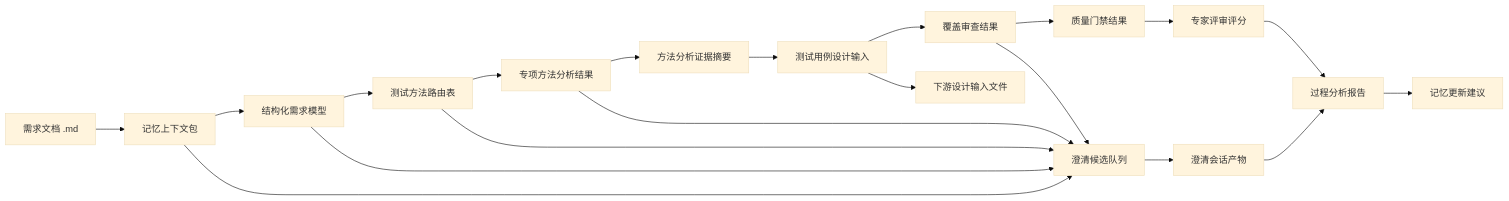
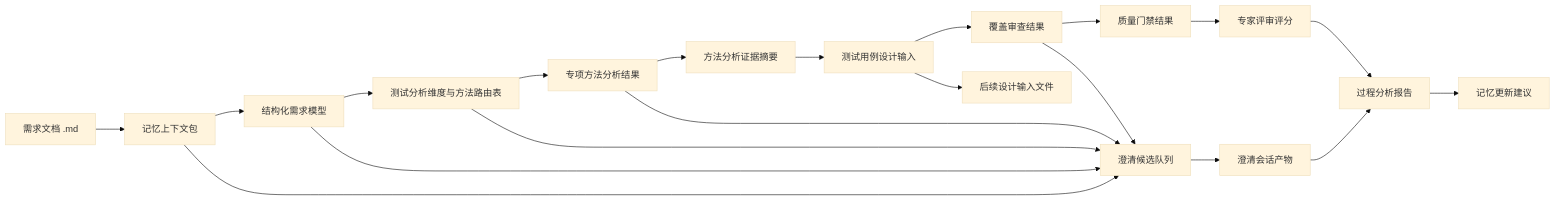
The seventh of 8 diagrams in docs/test-analysis-agent-design.md (szluoqy-byte/Test-Analysis-Agent), drawn with Mermaid (base theme) before and after one commit. The commit also changed other lines of this file and 55 other files, not shown here.

````diff
--- a/docs/test-analysis-agent-design.md
+++ b/docs/test-analysis-agent-design.md
@@ -391,22 +398,22 @@
 ```mermaid
 flowchart LR
   A["需求文档 .md"] --> B["记忆上下文包"]
   B --> C["结构化需求模型"]
-  C --> D["测试方法路由表"]
+  C --> D["测试分析维度与方法路由表"]
   D --> E["专项方法分析结果"]
   E --> EV["方法分析证据摘要"]
   EV --> F["测试用例设计输入"]
   F --> G["覆盖审查结果"]
   G --> H["质量门禁结果"]
   H --> I["专家评审评分"]
   I --> J["过程分析报告"]
-  F --> DTL["下游设计输入文件"]
+  F --> DTL["后续设计输入文件"]
   B --> CQ["澄清候选队列"]
   C --> CQ
   D --> CQ
   E --> CQ
   G --> CQ
   CQ --> CS["澄清会话产物"]
   CS --> J
   J --> K["记忆更新建议"]
 ```
````
